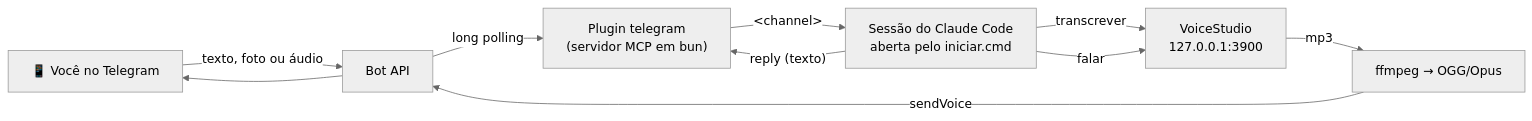
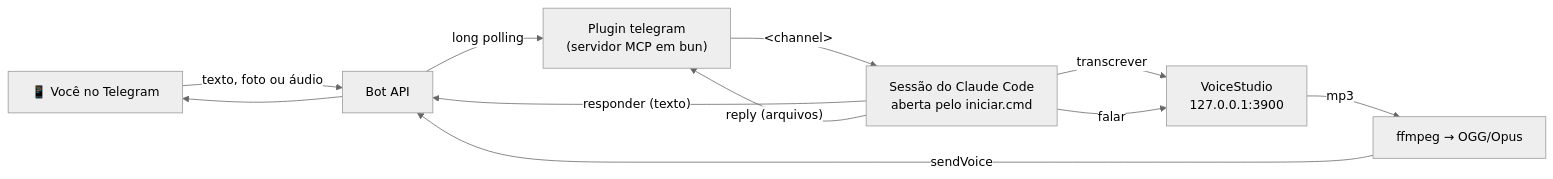
Before and after one commit to fxlipe124/specialized-assistant: the diagram in README.md, drawn with Mermaid (neutral theme). The commit also changed other lines of this file and 2 other files, not shown here.

````diff
--- a/README.md
+++ b/README.md
@@ -23,12 +23,13 @@
 ```mermaid
 flowchart LR
     U["📱 Você no Telegram"] -- "texto, foto ou áudio" --> B["Bot API"]
     B -- "long polling" --> S["Plugin telegram<br/>(servidor MCP em bun)"]
     S -- "&lt;channel&gt;" --> C["Sessão do Claude Code<br/>aberta pelo iniciar.cmd"]
     C -- "transcrever" --> V["VoiceStudio<br/>127.0.0.1:3900"]
     C -- "falar" --> V
     V -- "mp3" --> F["ffmpeg → OGG/Opus"]
-    C -- "reply (texto)" --> S
+    C -- "responder (texto)" --> B
+    C -- "reply (arquivos)" --> S
     F -- "sendVoice" --> B
     B --> U
 ```
````
